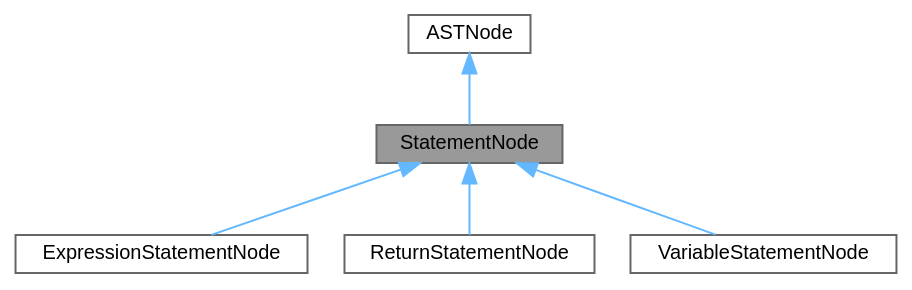
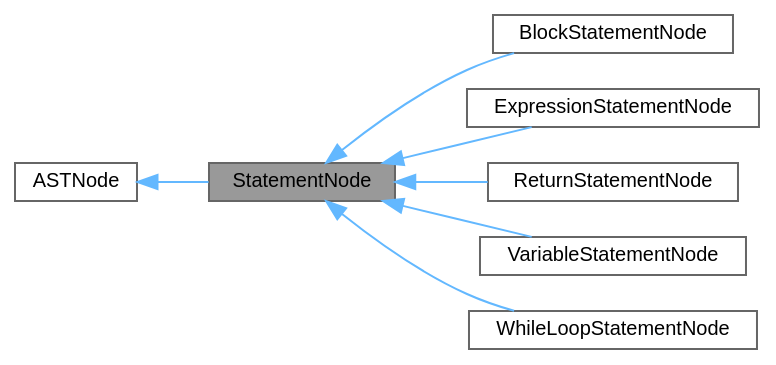
Before and after one commit to kejunp/kejunp.github.io: the diagram in pebbl/docs/structStatementNode__inherit__graph.dot, drawn with Graphviz. The commit also changed 58 other files, not shown here.

```diff
--- a/pebbl/docs/structStatementNode__inherit__graph.dot
+++ b/pebbl/docs/structStatementNode__inherit__graph.dot
@@ -1,16 +1,21 @@
 digraph "StatementNode"
 {
  // LATEX_PDF_SIZE
   bgcolor="transparent";
   edge [fontname=Helvetica,fontsize=10,labelfontname=Helvetica,labelfontsize=10];
   node [fontname=Helvetica,fontsize=10,shape=box,height=0.2,width=0.4];
+  rankdir="LR";
   Node1 [id="Node000001",label="StatementNode",height=0.2,width=0.4,color="gray40", fillcolor="grey60", style="filled", fontcolor="black",tooltip="Base class for all statements."];
   Node2 -> Node1 [id="edge1_Node000001_Node000002",dir="back",color="steelblue1",style="solid",tooltip=" "];
   Node2 [id="Node000002",label="ASTNode",height=0.2,width=0.4,color="gray40", fillcolor="white", style="filled",URL="$structASTNode.html",tooltip="Base class of all AST nodes."];
   Node1 -> Node3 [id="edge2_Node000001_Node000003",dir="back",color="steelblue1",style="solid",tooltip=" "];
-  Node3 [id="Node000003",label="ExpressionStatementNode",height=0.2,width=0.4,color="gray40", fillcolor="white", style="filled",URL="$structExpressionStatementNode.html",tooltip=" "];
+  Node3 [id="Node000003",label="BlockStatementNode",height=0.2,width=0.4,color="gray40", fillcolor="white", style="filled",URL="$structBlockStatementNode.html",tooltip=" "];
   Node1 -> Node4 [id="edge3_Node000001_Node000004",dir="back",color="steelblue1",style="solid",tooltip=" "];
-  Node4 [id="Node000004",label="ReturnStatementNode",height=0.2,width=0.4,color="gray40", fillcolor="white", style="filled",URL="$structReturnStatementNode.html",tooltip=" "];
+  Node4 [id="Node000004",label="ExpressionStatementNode",height=0.2,width=0.4,color="gray40", fillcolor="white", style="filled",URL="$structExpressionStatementNode.html",tooltip=" "];
   Node1 -> Node5 [id="edge4_Node000001_Node000005",dir="back",color="steelblue1",style="solid",tooltip=" "];
-  Node5 [id="Node000005",label="VariableStatementNode",height=0.2,width=0.4,color="gray40", fillcolor="white", style="filled",URL="$structVariableStatementNode.html",tooltip=" "];
+  Node5 [id="Node000005",label="ReturnStatementNode",height=0.2,width=0.4,color="gray40", fillcolor="white", style="filled",URL="$structReturnStatementNode.html",tooltip=" "];
+  Node1 -> Node6 [id="edge5_Node000001_Node000006",dir="back",color="steelblue1",style="solid",tooltip=" "];
+  Node6 [id="Node000006",label="VariableStatementNode",height=0.2,width=0.4,color="gray40", fillcolor="white", style="filled",URL="$structVariableStatementNode.html",tooltip=" "];
+  Node1 -> Node7 [id="edge6_Node000001_Node000007",dir="back",color="steelblue1",style="solid",tooltip=" "];
+  Node7 [id="Node000007",label="WhileLoopStatementNode",height=0.2,width=0.4,color="gray40", fillcolor="white", style="filled",URL="$structWhileLoopStatementNode.html",tooltip=" "];
 }
```
